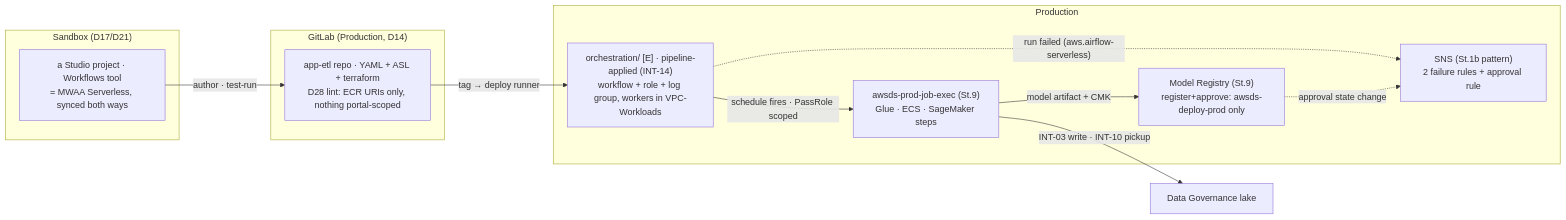
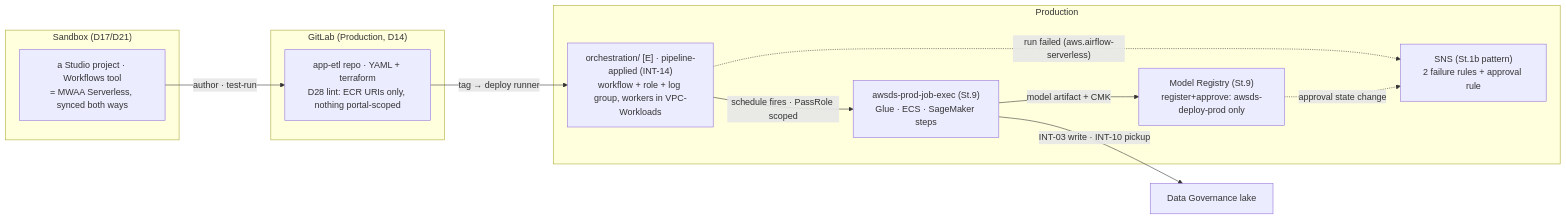
One commit to felipenoris/AWS-DataScience changed the diagram in docs/plan/stages/stage-10-orchestration-promotion.md. Above: the diagram before and after it, drawn with Mermaid. The commit also changed other lines of this file and 27 other files, not shown here.

````diff
--- a/docs/plan/stages/stage-10-orchestration-promotion.md
+++ b/docs/plan/stages/stage-10-orchestration-promotion.md
@@ -42,22 +42,22 @@
 ```mermaid
 flowchart LR
     subgraph SBX["Sandbox (D17/D21)"]
         STU["a Studio project · Workflows tool<br/>= MWAA Serverless, synced both ways"]
     end
     subgraph GL["GitLab (Production, D14)"]
-        REPO["app-etl repo · YAML + ASL + terraform<br/>D28 lint: ECR URIs only, nothing portal-scoped"]
+        REPO["app-etl repo · YAML + terraform<br/>D28 lint: ECR URIs only, nothing portal-scoped"]
     end
     subgraph PRD["Production"]
         ORC["orchestration/ [E] · pipeline-applied (INT-14)<br/>workflow + role + log group, workers in VPC-Workloads"]
         JOB["awsds-prod-job-exec (St.9)<br/>Glue · ECS · SageMaker steps"]
         REG["Model Registry (St.9)<br/>register+approve: awsds-deploy-prod only"]
         SNS["SNS (St.1b pattern)<br/>2 failure rules + approval rule"]
     end
     STU -->|"author · test-run"| REPO
     REPO -->|"tag → deploy runner"| ORC
     ORC -->|"schedule fires · PassRole scoped"| JOB
     JOB -->|"INT-03 write · INT-10 pickup"| LAKE["Data Governance lake"]
     JOB -->|"model artifact + CMK"| REG
     ORC -.->|"run failed (aws.airflow-serverless)"| SNS
     REG -.->|"approval state change"| SNS
 ```
````
